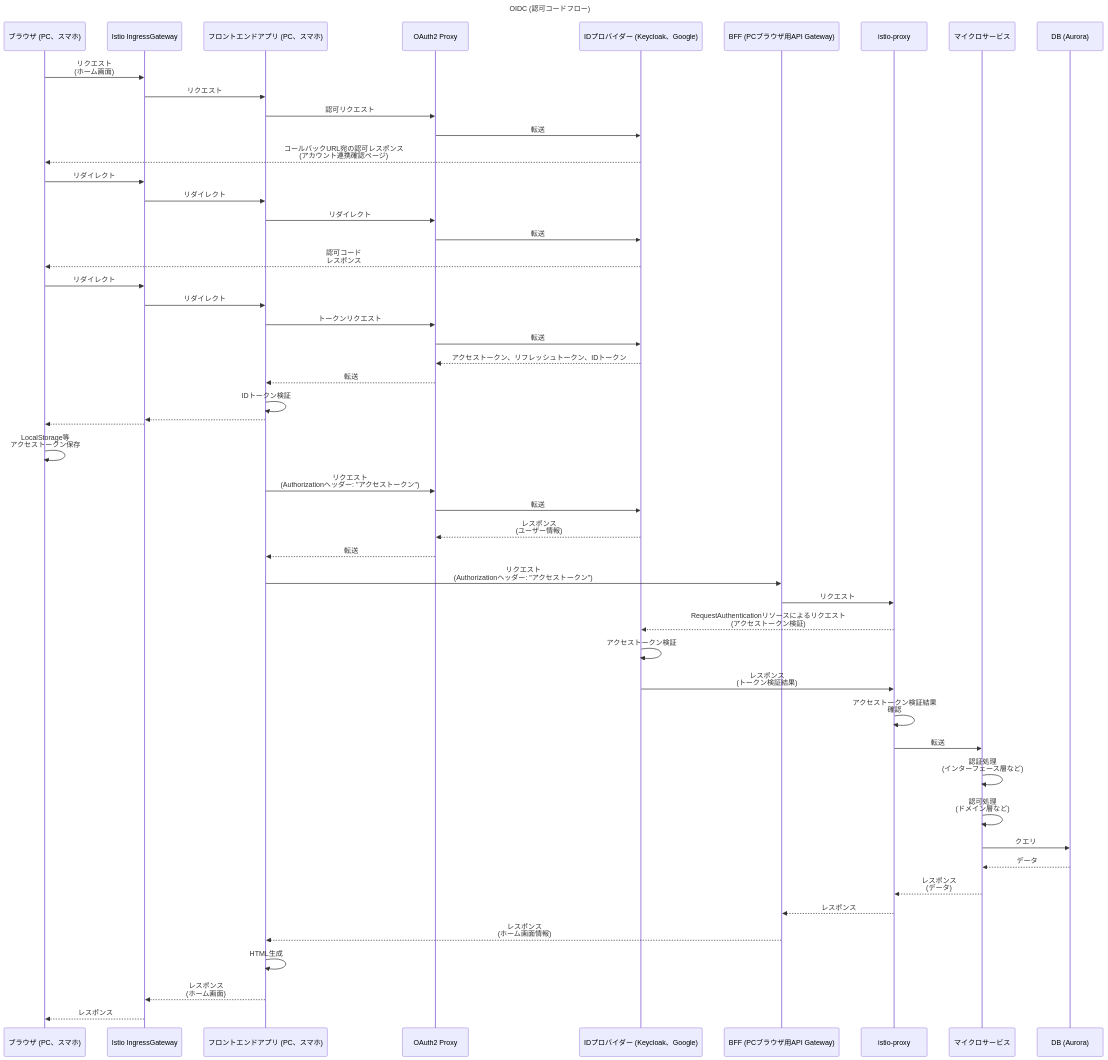
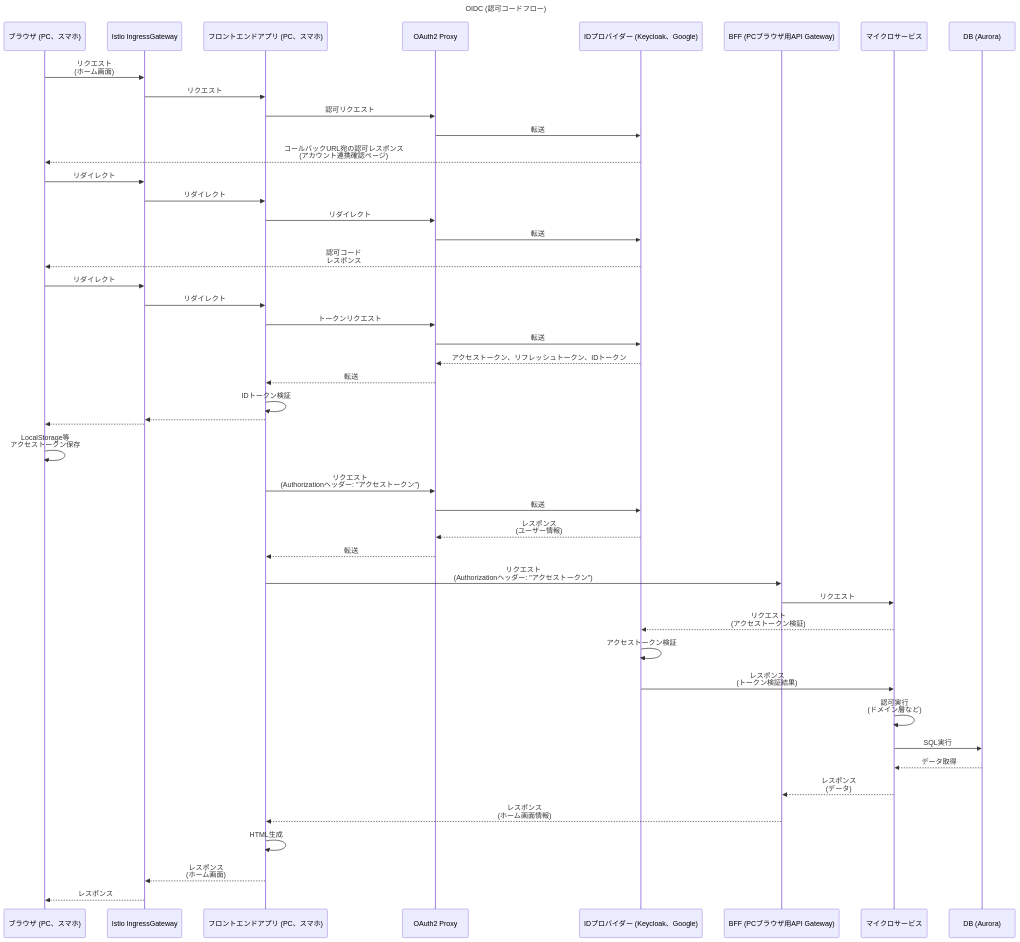
One commit to hiroki-it/hatenablog changed the diagram in dist/draft/【Kubernetes☸️】CNCFとAWSを組み合わせたマイクロサービスアーキテクチャ設計の考察.md. Above: the diagram before and after it, drawn with Mermaid. The commit also changed other lines of this file, not shown here.

Commit message:
update 記事を更新した。

````diff
--- a/dist/draft/【Kubernetes☸️】CNCFとAWSを組み合わせたマイクロサービスアーキテクチャ設計の考察.md
+++ b/dist/draft/【Kubernetes☸️】CNCFとAWSを組み合わせたマイクロサービスアーキテクチャ設計の考察.md
@@ -102,51 +104,43 @@
 
     フロントエンドアプリ (PC、スマホ) ->> フロントエンドアプリ (PC、スマホ) : IDトークン検証
 
-    フロントエンドアプリ (PC、スマホ) -->> Istio IngressGateway : 
+フロントエンドアプリ (PC、スマホ) -->> Istio IngressGateway : 
 
-    Istio IngressGateway -->> ブラウザ (PC、スマホ) : 
+Istio IngressGateway -->> ブラウザ (PC、スマホ) :
 
-    ブラウザ (PC、スマホ) ->> ブラウザ (PC、スマホ) : LocalStorage等<br>アクセストークン保存
+ブラウザ (PC、スマホ) ->> ブラウザ (PC、スマホ) : LocalStorage等<br>アクセストークン保存
 
-    フロントエンドアプリ (PC、スマホ) ->> OAuth2 Proxy: リクエスト<br>(Authorizationヘッダー: "アクセストークン")
+フロントエンドアプリ (PC、スマホ) ->> OAuth2 Proxy: リクエスト<br>(Authorizationヘッダー: "アクセストークン")
 
-    OAuth2 Proxy ->> IDプロバイダー (Keycloak、Google) : 転送
+OAuth2 Proxy ->> IDプロバイダー (Keycloak、Google) : 転送
 
-    IDプロバイダー (Keycloak、Google) -->> OAuth2 Proxy : レスポンス<br>(ユーザー情報)
+IDプロバイダー (Keycloak、Google) -->> OAuth2 Proxy : レスポンス<br>(ユーザー情報)
 
-    OAuth2 Proxy -->> フロントエンドアプリ (PC、スマホ) : 転送
+OAuth2 Proxy -->> フロントエンドアプリ (PC、スマホ) : 転送
 
-    フロントエンドアプリ (PC、スマホ) ->> BFF (PCブラウザ用API Gateway): リクエスト<br>(Authorizationヘッダー: "アクセストークン")
+フロントエンドアプリ (PC、スマホ) ->> BFF (PCブラウザ用API Gateway): リクエスト<br>(Authorizationヘッダー: "アクセストークン")
 
-    BFF (PCブラウザ用API Gateway) ->> istio-proxy : リクエスト
+BFF (PCブラウザ用API Gateway) ->> マイクロサービス : リクエスト
 
-    istio-proxy -->> IDプロバイダー (Keycloak、Google) : RequestAuthenticationリソースによるリクエスト<br>(アクセストークン検証)
+マイクロサービス -->> IDプロバイダー (Keycloak、Google) : リクエスト<br>(アクセストークン検証)
 
-    IDプロバイダー (Keycloak、Google) ->> IDプロバイダー (Keycloak、Google) : アクセストークン検証
+IDプロバイダー (Keycloak、Google) ->> IDプロバイダー (Keycloak、Google) : アクセストークン検証
 
-    IDプロバイダー (Keycloak、Google) ->> istio-proxy : レスポンス<br>(トークン検証結果)
+IDプロバイダー (Keycloak、Google) ->> マイクロサービス : レスポンス<br>(トークン検証結果)
 
-    istio-proxy ->> istio-proxy : アクセストークン検証結果<br>確認
+マイクロサービス ->> マイクロサービス : 認可実行<br>(ドメイン層など)
 
-    istio-proxy ->> マイクロサービス : 転送
+マイクロサービス ->> DB (Aurora): SQL実行
 
-    マイクロサービス ->> マイクロサービス : 認証処理<br>(インターフェース層など)
+DB (Aurora) -->> マイクロサービス : データ取得
 
-    マイクロサービス ->> マイクロサービス : 認可処理<br>(ドメイン層など)
+マイクロサービス -->> BFF (PCブラウザ用API Gateway) : レスポンス<br>(データ)
 
-    マイクロサービス ->> DB (Aurora): クエリ
+BFF (PCブラウザ用API Gateway) -->> フロントエンドアプリ (PC、スマホ) : レスポンス<br>(ホーム画面情報)
 
-    DB (Aurora) -->> マイクロサービス : データ
+フロントエンドアプリ (PC、スマホ) ->> フロントエンドアプリ (PC、スマホ) : HTML生成
 
-    マイクロサービス -->> istio-proxy: レスポンス<br>(データ)
+フロントエンドアプリ (PC、スマホ) -->> Istio IngressGateway: レスポンス<br>(ホーム画面)
 
-    istio-proxy -->> BFF (PCブラウザ用API Gateway) : レスポンス
-
-    BFF (PCブラウザ用API Gateway) -->> フロントエンドアプリ (PC、スマホ) : レスポンス<br>(ホーム画面情報)
-
-    フロントエンドアプリ (PC、スマホ) ->> フロントエンドアプリ (PC、スマホ) : HTML生成
-
-    フロントエンドアプリ (PC、スマホ) -->> Istio IngressGateway: レスポンス<br>(ホーム画面)
-
-    Istio IngressGateway -->> ブラウザ (PC、スマホ): レスポンス
+Istio IngressGateway -->> ブラウザ (PC、スマホ): レスポンス
 ```
````
